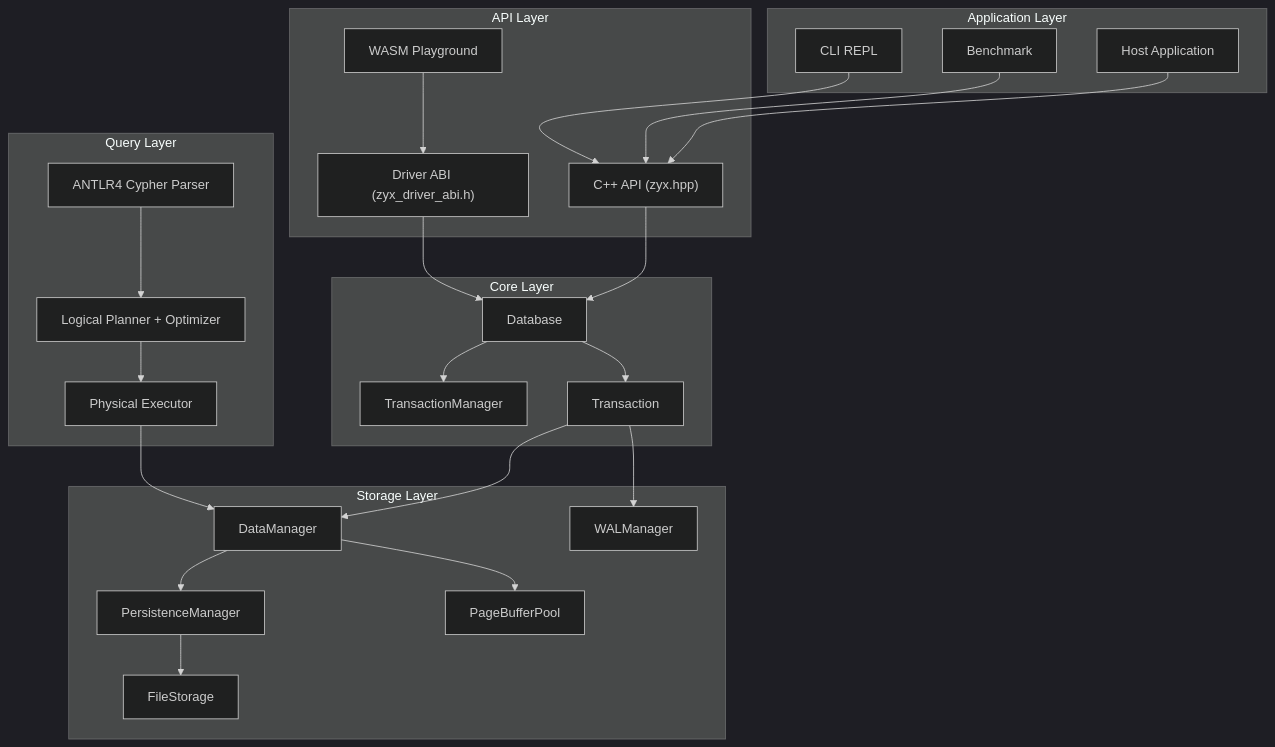
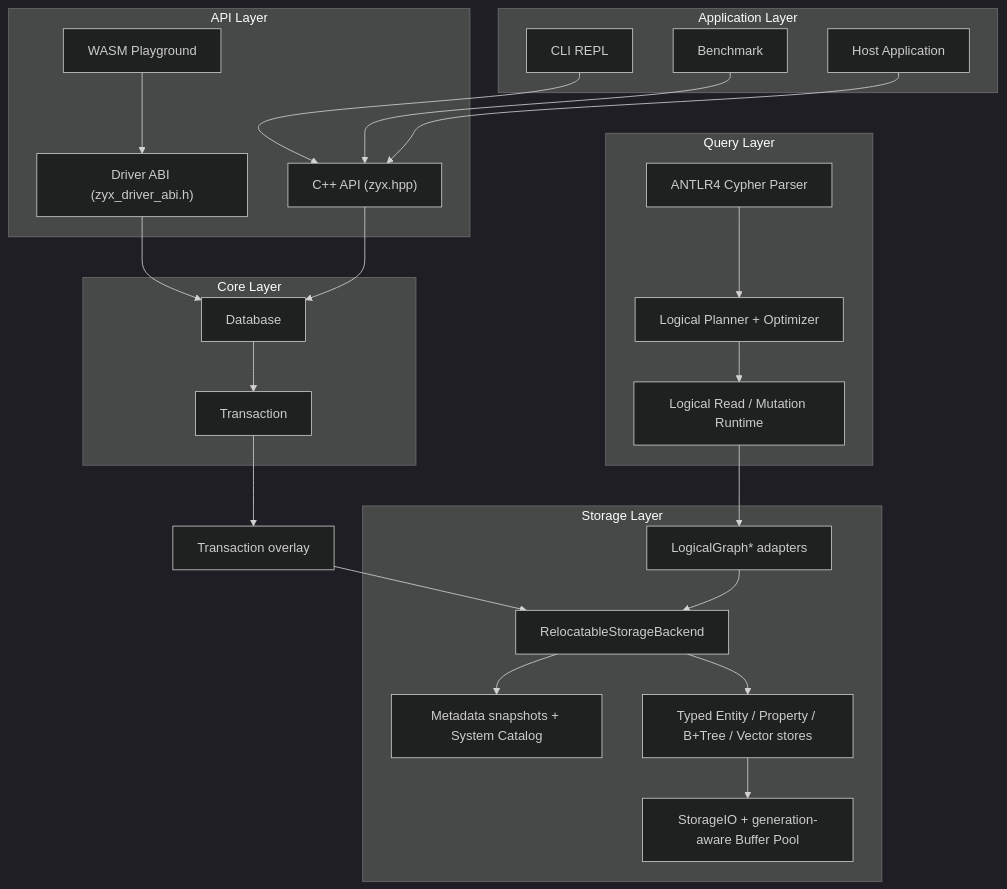
One commit to nexepic/zyx changed the first of 4 diagrams in docs/apps/docs/content/docs/en/zyx/architecture/overview.mdx. Above: the diagram before and after it, drawn with Mermaid (dark theme). The commit also changed other lines of this file and 1349 other files, not shown here.

First line of the commit message:
Retire legacy storage and harden native graph persistence

````diff
--- a/docs/apps/docs/content/docs/en/zyx/architecture/overview.mdx
+++ b/docs/apps/docs/content/docs/en/zyx/architecture/overview.mdx
@@ -20,54 +20,51 @@
 ```mermaid
 graph TB
     subgraph "Application Layer"
         CLI[CLI REPL]
         BM[Benchmark]
         APP[Host Application]
     end
 
     subgraph "API Layer"
         CPP["C++ API (zyx.hpp)"]
         ABI["Driver ABI (zyx_driver_abi.h)"]
         WASM["WASM Playground"]
     end
 
     subgraph "Query Layer"
         Parser["ANTLR4 Cypher Parser"]
         Planner["Logical Planner + Optimizer"]
-        Executor["Physical Executor"]
+        Runtime["Logical Read / Mutation Runtime"]
     end
 
     subgraph "Storage Layer"
-        DM[DataManager]
-        PM[PersistenceManager]
-        FS[FileStorage]
-        WAL[WALManager]
-        PB[PageBufferPool]
+        Adapter["LogicalGraph* adapters"]
+        Backend["RelocatableStorageBackend"]
+        Metadata["Metadata snapshots + System Catalog"]
+        Stores["Typed Entity / Property / B+Tree / Vector stores"]
+        IO["StorageIO + generation-aware Buffer Pool"]
     end
 
     subgraph "Core Layer"
         DB[Database]
-        TM[TransactionManager]
         TX[Transaction]
     end
 
     CLI --> CPP
     BM --> CPP
     APP --> CPP
     ABI --> DB
     WASM --> ABI
 
     CPP --> DB
-    DB --> TM
     DB --> TX
 
-    TX --> DM
-    TX --> WAL
+    TX --> Overlay["Transaction overlay"]
+    Overlay --> Backend
 
-    Parser --> Planner --> Executor
-    Executor --> DM
+    Parser --> Planner --> Runtime
+    Runtime --> Adapter --> Backend
 
-    DM --> PM
-    PM --> FS
-    DM --> PB
+    Backend --> Metadata
+    Backend --> Stores --> IO
 ```
````
